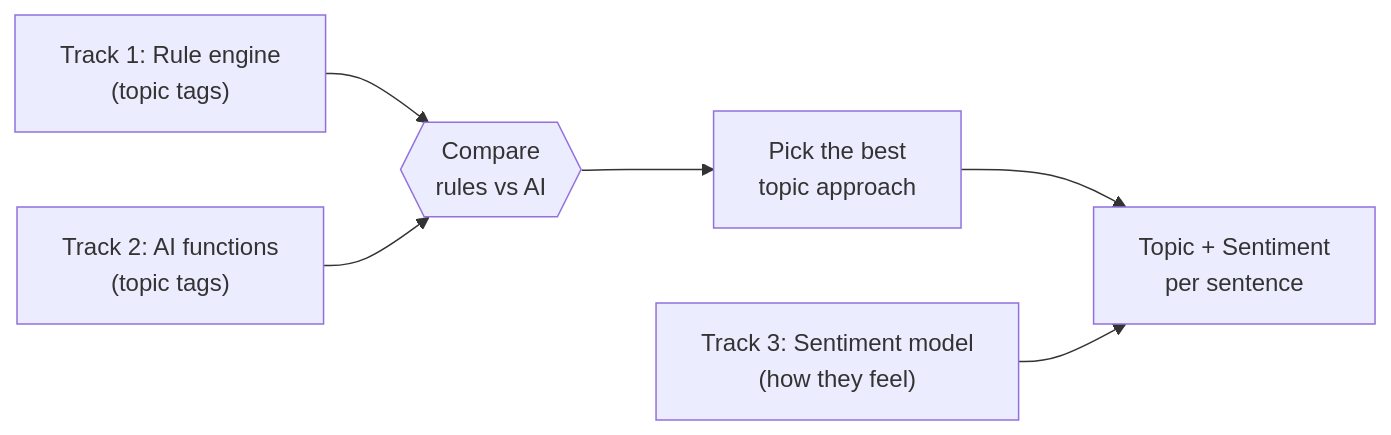
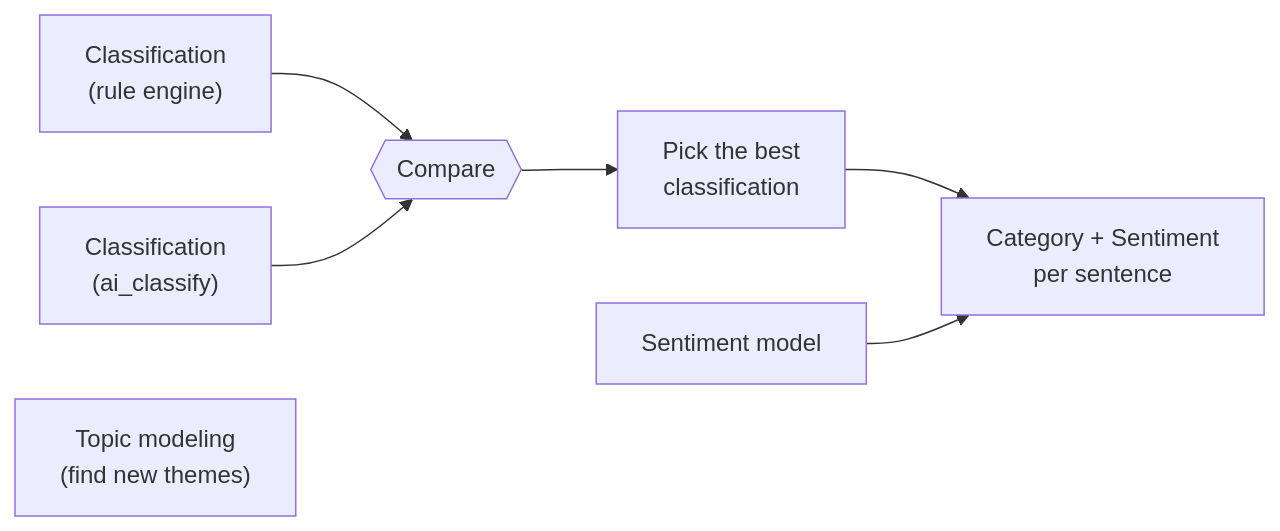
The first of 2 diagrams in README.md (dariakrasavina/GM_VOC), drawn with Mermaid before and after one commit. The commit also changed other lines of this file and 24 other files, not shown here.

Commit message:
Rename to category/classification vocabulary; add multi-label ai_classify + hierarchy roll-up in both classifiers; update compare job and docs

````diff
--- a/README.md
+++ b/README.md
@@ -25,13 +36,14 @@
 ```mermaid
 flowchart LR
-    T1["Track 1: Rule engine<br/>(topic tags)"]
-    T2["Track 2: AI functions<br/>(topic tags)"]
-    CMP{{"Compare<br/>rules vs AI"}}
-    T3["Track 3: Sentiment model<br/>(how they feel)"]
+    RE["Classification<br/>(rule engine)"]
+    AI["Classification<br/>(ai_classify)"]
+    CMP{{"Compare"}}
+    TM["Topic modeling<br/>(find new themes)"]
+    SENT["Sentiment model"]
 
-    T1 --> CMP
-    T2 --> CMP
-    CMP --> PICK["Pick the best<br/>topic approach"]
-    PICK --> COMBO["Topic + Sentiment<br/>per sentence"]
-    T3 --> COMBO
+    RE --> CMP
+    AI --> CMP
+    CMP --> PICK["Pick the best<br/>classification"]
+    PICK --> COMBO["Category + Sentiment<br/>per sentence"]
+    SENT --> COMBO
 ```
````
